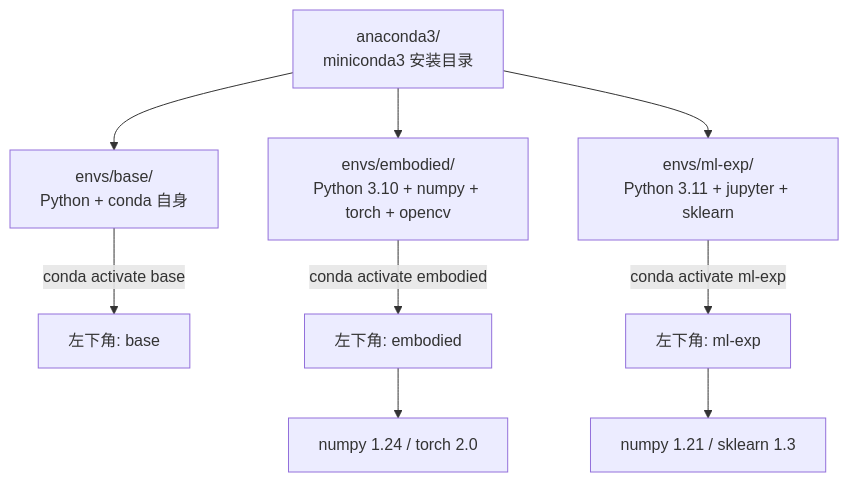
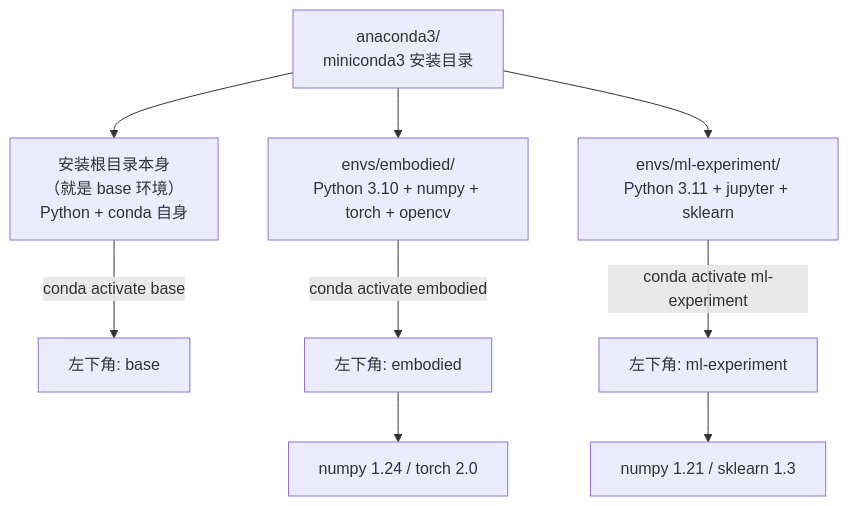
The diagram in study-log/2026-08-20-Python依赖安装与conda环境搭建-zh.md (zizhengwang2026/Embodied-Intelligence-Learning), drawn with Mermaid before and after one commit. The commit also changed other lines of this file and 1 other file, not shown here.

Commit message:
fix: Day 7 conda base path / Python path / ml-experiment naming / activate note / 4-vs-7 commands (zh/en)

````diff
--- a/study-log/2026-08-20-Python依赖安装与conda环境搭建-zh.md
+++ b/study-log/2026-08-20-Python依赖安装与conda环境搭建-zh.md
@@ -97,12 +97,12 @@
 ```mermaid
 flowchart TD
     A[anaconda3/<br>miniconda3 安装目录]
-    A --> B[envs/base/<br>Python + conda 自身]
+    A --> B[安装根目录本身<br>（就是 base 环境）<br>Python + conda 自身]
     A --> C[envs/embodied/<br>Python 3.10 + numpy + torch + opencv]
-    A --> D[envs/ml-exp/<br>Python 3.11 + jupyter + sklearn]
+    A --> D[envs/ml-experiment/<br>Python 3.11 + jupyter + sklearn]
     B -->|conda activate base| P1[左下角: base]
     C -->|conda activate embodied| P2[左下角: embodied]
-    D -->|conda activate ml-exp| P3[左下角: ml-exp]
+    D -->|conda activate ml-experiment| P3[左下角: ml-experiment]
     P2 --> N1[numpy 1.24 / torch 2.0]
     P3 --> N2[numpy 1.21 / sklearn 1.3]
 ```
````
